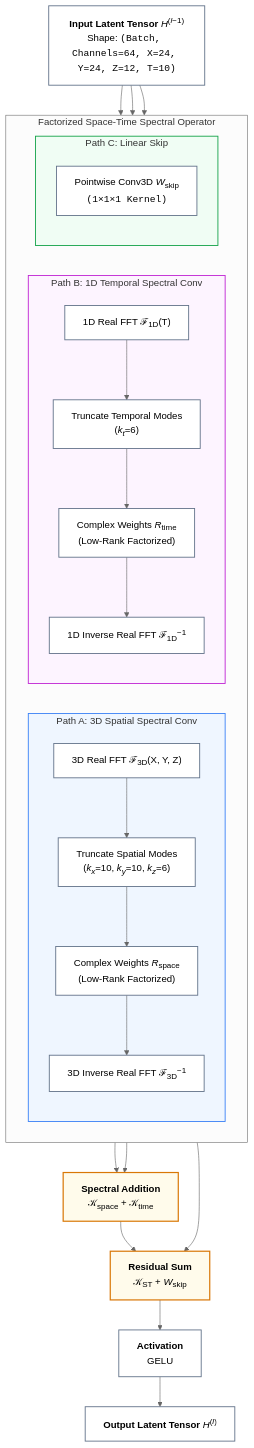
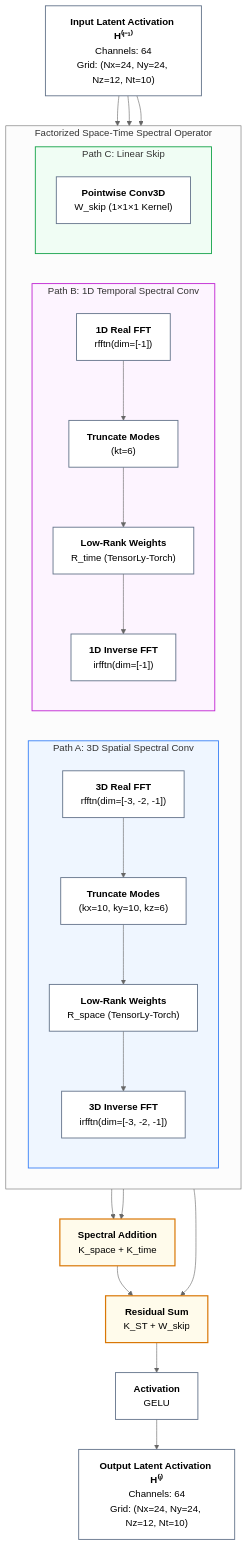
One commit to arpit-kapoor/GW_SciML changed the second of 2 diagrams in docs/space_time_fno_overview.md. Above: the diagram before and after it, drawn with Mermaid (neutral theme). The commit also changed other lines of this file, not shown here.

Commit message:
docs: refine Space-Time FNO diagrams and simplify loss formulation documentation

````diff
--- a/docs/space_time_fno_overview.md
+++ b/docs/space_time_fno_overview.md
@@ -62,43 +62,43 @@
 ```mermaid
 flowchart TD
-    in_act["<b>Input Latent Tensor</b> <i>H</i><sup>(<i>l</i>−1)</sup><br/>Shape: <code>(Batch, Channels=64, X=24, Y=24, Z=12, T=10)</code>"]
+    in_act["<b>Input Latent Activation H⁽ˡ⁻¹⁾</b><br/>Channels: 64<br/>Grid: (Nx=24, Ny=24, Nz=12, Nt=10)"]
 
     subgraph FACTORIZED_CONV ["Factorized Space-Time Spectral Operator"]
         direction LR
         
         subgraph SPACE ["Path A: 3D Spatial Spectral Conv"]
             direction TB
-            s_fft["3D Real FFT ℱ<sub>3D</sub>(X, Y, Z)"] --> s_mode["Truncate Spatial Modes<br/>(<i>k<sub>x</sub></i>=10, <i>k<sub>y</sub></i>=10, <i>k<sub>z</sub></i>=6)"] --> s_weight["Complex Weights <i>R</i><sub>space</sub><br/>(Low-Rank Factorized)"] --> s_ifft["3D Inverse Real FFT ℱ<sub>3D</sub><sup>−1</sup>"]
+            s_fft["<b>3D Real FFT</b><br/>rfftn(dim=[-3, -2, -1])"] --> s_mode["<b>Truncate Modes</b><br/>(kx=10, ky=10, kz=6)"] --> s_weight["<b>Low-Rank Weights</b><br/>R_space (TensorLy-Torch)"] --> s_ifft["<b>3D Inverse FFT</b><br/>irfftn(dim=[-3, -2, -1])"]
         end
 
         subgraph TIME ["Path B: 1D Temporal Spectral Conv"]
             direction TB
-            t_fft["1D Real FFT ℱ<sub>1D</sub>(T)"] --> t_mode["Truncate Temporal Modes<br/>(<i>k<sub>t</sub></i>=6)"] --> t_weight["Complex Weights <i>R</i><sub>time</sub><br/>(Low-Rank Factorized)"] --> t_ifft["1D Inverse Real FFT ℱ<sub>1D</sub><sup>−1</sup>"]
+            t_fft["<b>1D Real FFT</b><br/>rfftn(dim=[-1])"] --> t_mode["<b>Truncate Modes</b><br/>(kt=6)"] --> t_weight["<b>Low-Rank Weights</b><br/>R_time (TensorLy-Torch)"] --> t_ifft["<b>1D Inverse FFT</b><br/>irfftn(dim=[-1])"]
         end
 
         subgraph SKIP ["Path C: Linear Skip"]
             direction TB
-            skip_conv["Pointwise Conv3D <i>W</i><sub>skip</sub><br/><code>(1×1×1 Kernel)</code>"]
+            skip_conv["<b>Pointwise Conv3D</b><br/>W_skip (1×1×1 Kernel)"]
         end
     end
 
     in_act --> SPACE
     in_act --> TIME
     in_act --> SKIP
 
-    SPACE & TIME --> add_spectral["<b>Spectral Addition</b><br/>𝒦<sub>space</sub> + 𝒦<sub>time</sub>"]
-    add_spectral & SKIP --> add_all["<b>Residual Sum</b><br/>𝒦<sub>ST</sub> + <i>W</i><sub>skip</sub>"]
-    add_all --> act["<b>Activation</b><br/>GELU"] --> out_act["<b>Output Latent Tensor</b> <i>H</i><sup>(<i>l</i>)</sup>"]
+    SPACE & TIME --> add_spectral["<b>Spectral Addition</b><br/>K_space + K_time"]
+    add_spectral & SKIP --> add_all["<b>Residual Sum</b><br/>K_ST + W_skip"]
+    add_all --> act["<b>Activation</b><br/>GELU"] --> out_act["<b>Output Latent Activation H⁽ˡ⁾</b><br/>Channels: 64<br/>Grid: (Nx=24, Ny=24, Nz=12, Nt=10)"]
 
     classDef default fill:#ffffff,stroke:#64748b,stroke-width:1.5px;
     classDef spaceStyle fill:#eff6ff,stroke:#3b82f6,stroke-width:1.5px;
     classDef timeStyle fill:#fdf4ff,stroke:#c026d3,stroke-width:1.5px;
     classDef skipStyle fill:#f0fdf4,stroke:#16a34a,stroke-width:1.5px;
     classDef sumStyle fill:#fffbeb,stroke:#d97706,stroke-width:2px;
 
     class in_act,out_act,act default;
     class SPACE spaceStyle;
     class TIME timeStyle;
     class SKIP skipStyle;
     class add_spectral,add_all sumStyle;
 ```
````
